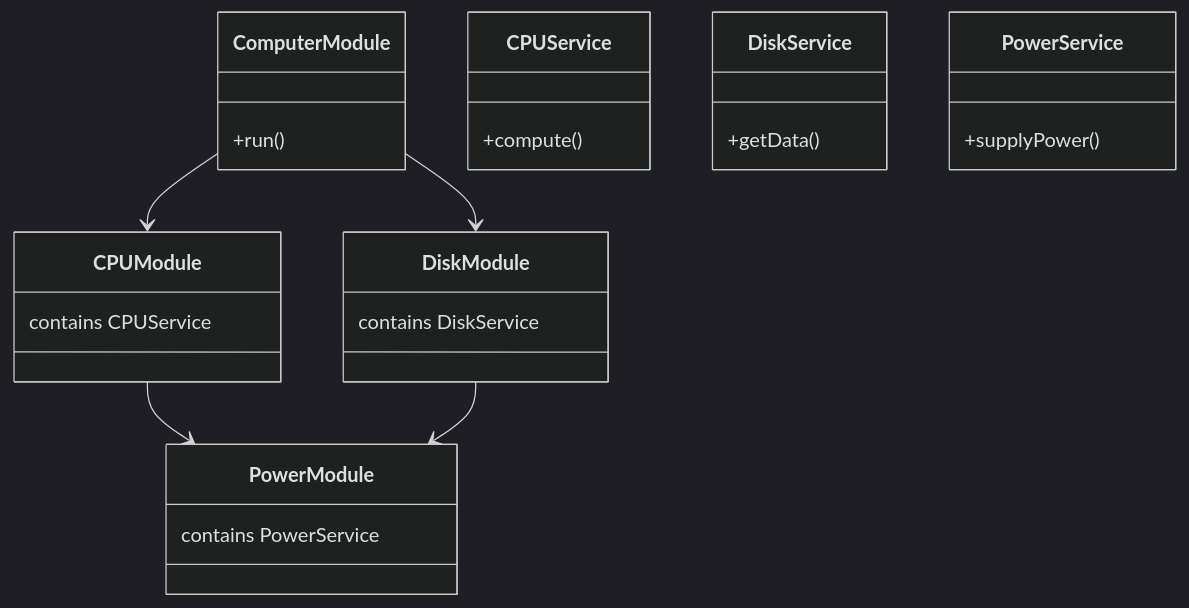
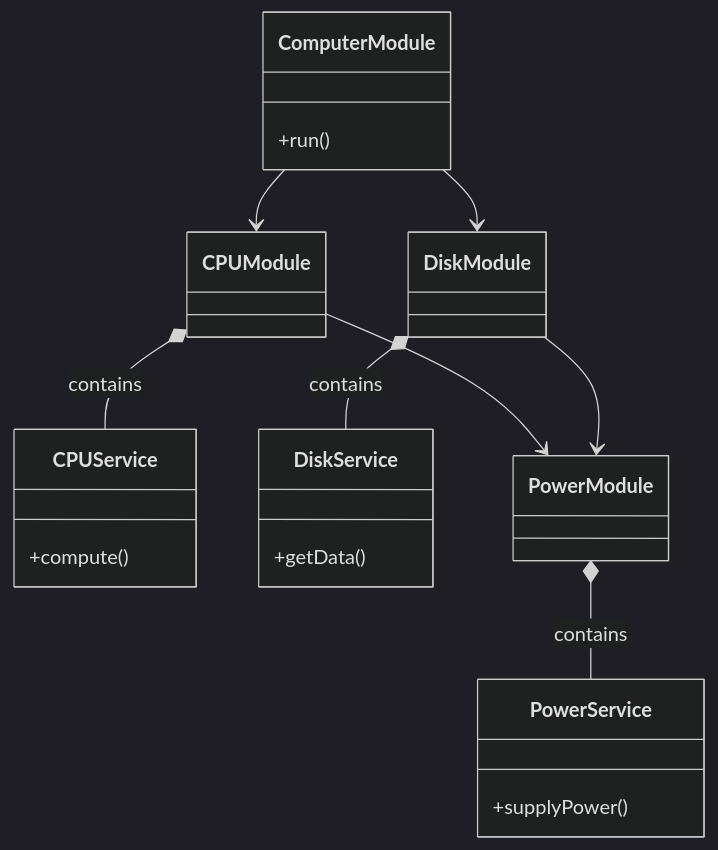
One commit to nikhil-647/NestJS-The-Complete-Developer-s-Guide changed the first of 2 diagrams in Section 2/Project Overview.md. Above: the diagram before and after it, drawn with Mermaid (dark theme). The commit also changed other lines of this file, not shown here.

````diff
--- a/Section 2/Project Overview.md
+++ b/Section 2/Project Overview.md
@@ -1,36 +1,36 @@
 ```mermaid
 classDiagram
     class ComputerModule {
         +run()
     }
 
     class CPUService {
         +compute()
     }
 
     class DiskService {
         +getData()
     }
 
     class PowerService {
         +supplyPower()
     }
 
     class CPUModule {
     }
 
     class DiskModule {
     }
 
     class PowerModule {
     }
 
     ComputerModule --> CPUModule
     ComputerModule --> DiskModule
     CPUModule --> PowerModule
     DiskModule --> PowerModule
 
-    CPUModule : contains CPUService
-    DiskModule : contains DiskService
-    PowerModule : contains PowerService
+    CPUModule *-- CPUService : contains
+    DiskModule *-- DiskService : contains
+    PowerModule *-- PowerService : contains
 ```
````
